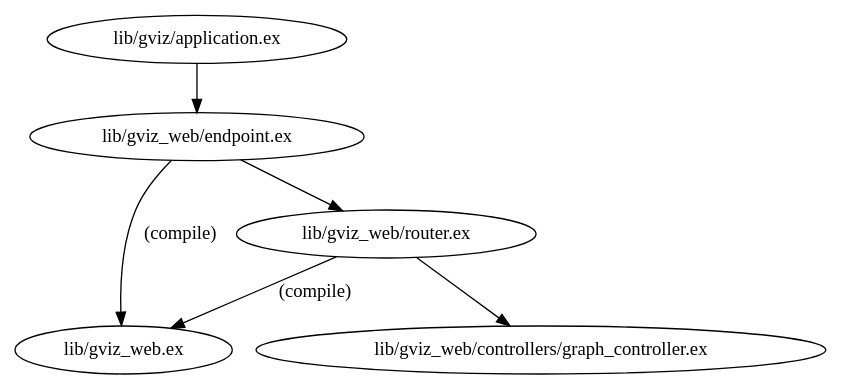
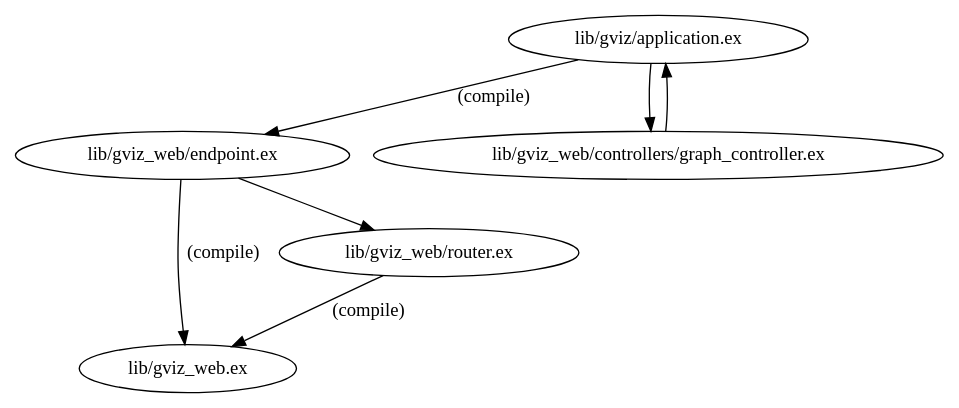
The diagram in priv/short.dot (axelson/dep_viz), drawn with Graphviz before and after one commit. The commit also changed 10 other files, not shown here.

```diff
--- a/priv/short.dot
+++ b/priv/short.dot
@@ -1,7 +1,8 @@
 digraph "xref graph" {
-  "lib/gviz/application.ex" -> "lib/gviz_web/endpoint.ex"
+  "lib/gviz/application.ex" -> "lib/gviz_web/endpoint.ex" [label="(compile)"]
   "lib/gviz_web/endpoint.ex" -> "lib/gviz_web.ex" [label="(compile)"]
   "lib/gviz_web/endpoint.ex" -> "lib/gviz_web/router.ex"
   "lib/gviz_web/router.ex" -> "lib/gviz_web.ex" [label="(compile)"]
-  "lib/gviz_web/router.ex" -> "lib/gviz_web/controllers/graph_controller.ex"
+  "lib/gviz/application.ex" -> "lib/gviz_web/controllers/graph_controller.ex"
+  "lib/gviz_web/controllers/graph_controller.ex" -> "lib/gviz/application.ex"
 }
```
